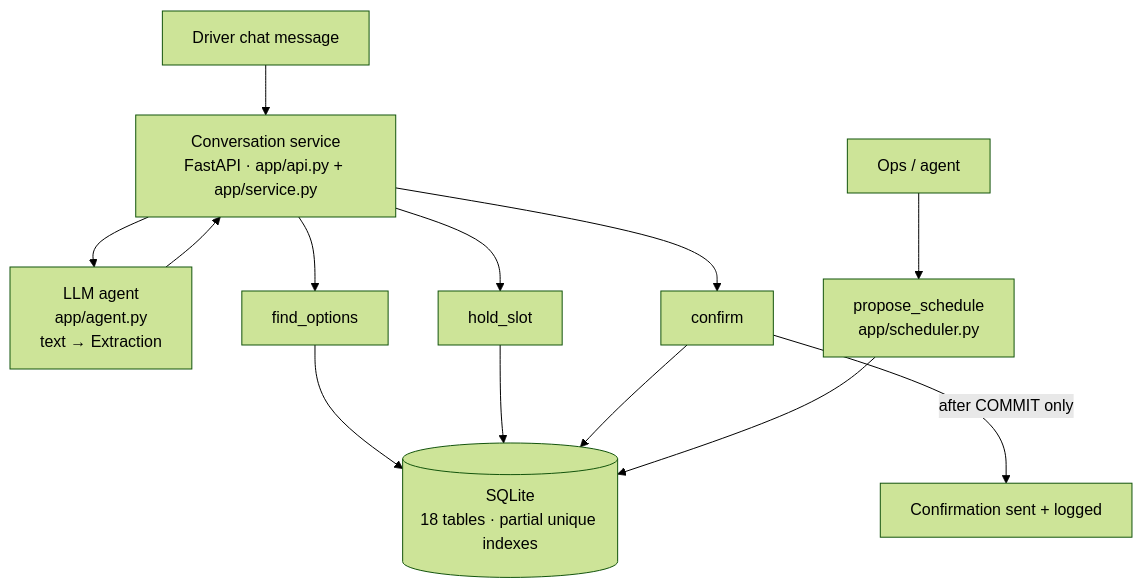
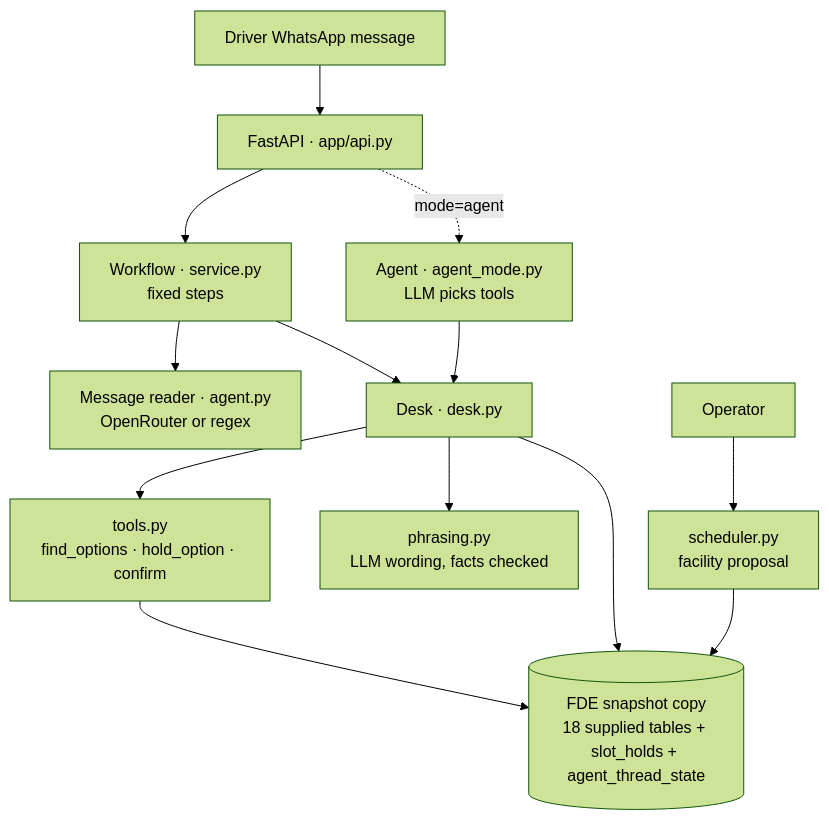
The diagram in ARCHITECTURE.md (9295699214/setuhaul-delay-service), drawn with Mermaid (forest theme) before and after one commit. The commit also changed other lines of this file and 34 other files, not shown here.

First line of the commit message:
Rebuild on the FDE Academy snapshot

````diff
--- a/ARCHITECTURE.md
+++ b/ARCHITECTURE.md
@@ -3,12 +3,15 @@
 ```mermaid
 flowchart TD
-    D[Driver chat message] --> API[Conversation service<br/>FastAPI · app/api.py + app/service.py]
-    API --> AG[LLM agent<br/>app/agent.py<br/>text → Extraction]
-    AG --> API
-    API --> T1[find_options]
-    API --> T2[hold_slot]
-    API --> T3[confirm]
-    OPS[Ops / agent] --> T4[propose_schedule<br/>app/scheduler.py]
-    T1 & T2 & T3 & T4 --> DB[(SQLite<br/>18 tables · partial unique indexes)]
-    T3 -->|after COMMIT only| MSG[Confirmation sent + logged]
+    D[Driver WhatsApp message] --> API[FastAPI · app/api.py]
+    API --> W[Workflow · service.py<br/>fixed steps]
+    API -.mode=agent.-> A[Agent · agent_mode.py<br/>LLM picks tools]
+    W --> X[Message reader · agent.py<br/>OpenRouter or regex]
+    W --> K[Desk · desk.py]
+    A --> K
+    K --> T[tools.py<br/>find_options · hold_option · confirm]
+    T --> DB[(FDE snapshot copy<br/>18 supplied tables + slot_holds + agent_thread_state)]
+    K --> DB
+    K --> PH[phrasing.py<br/>LLM wording, facts checked]
+    OPS[Operator] --> S[scheduler.py<br/>facility proposal]
+    S --> DB
 ```
````
